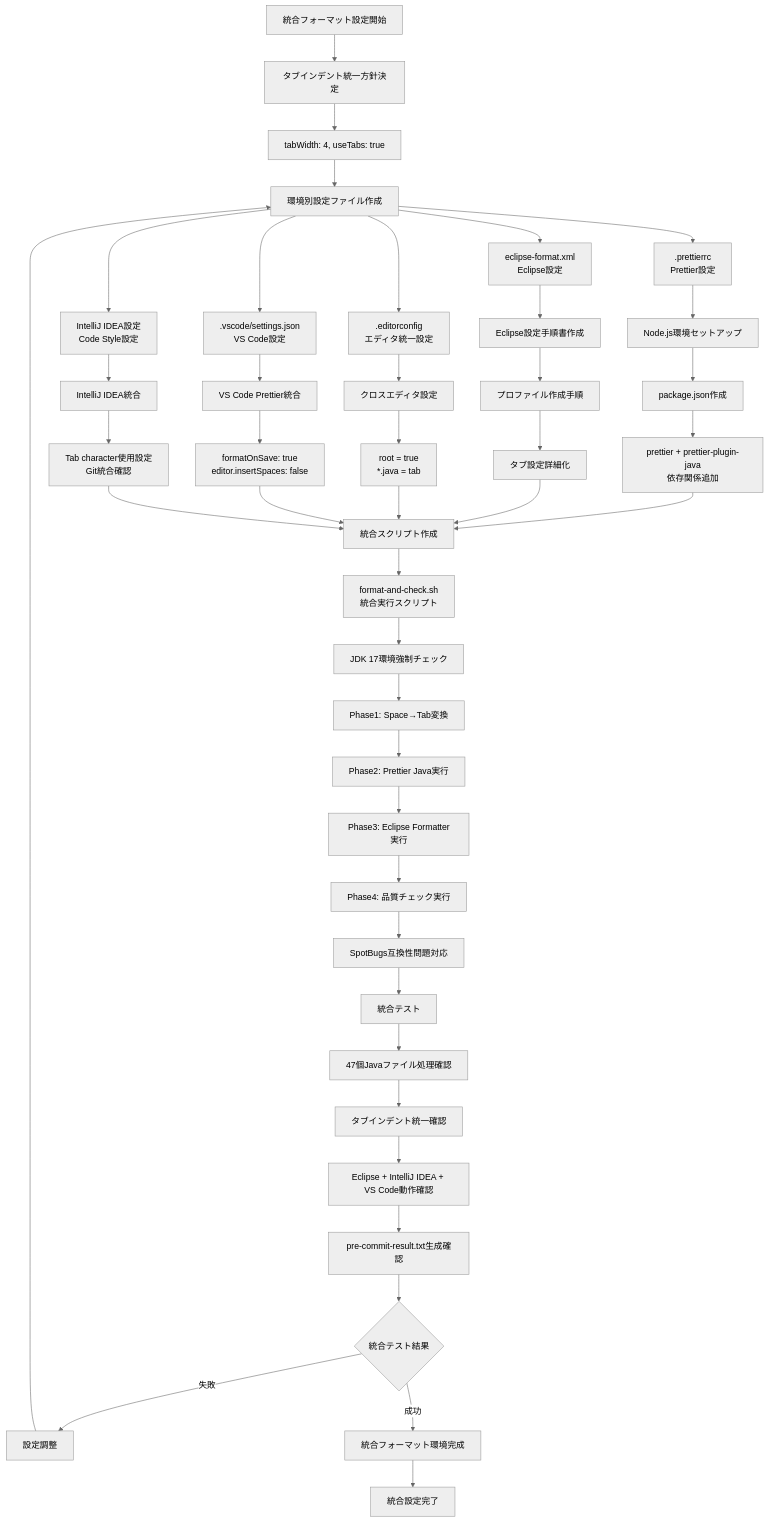
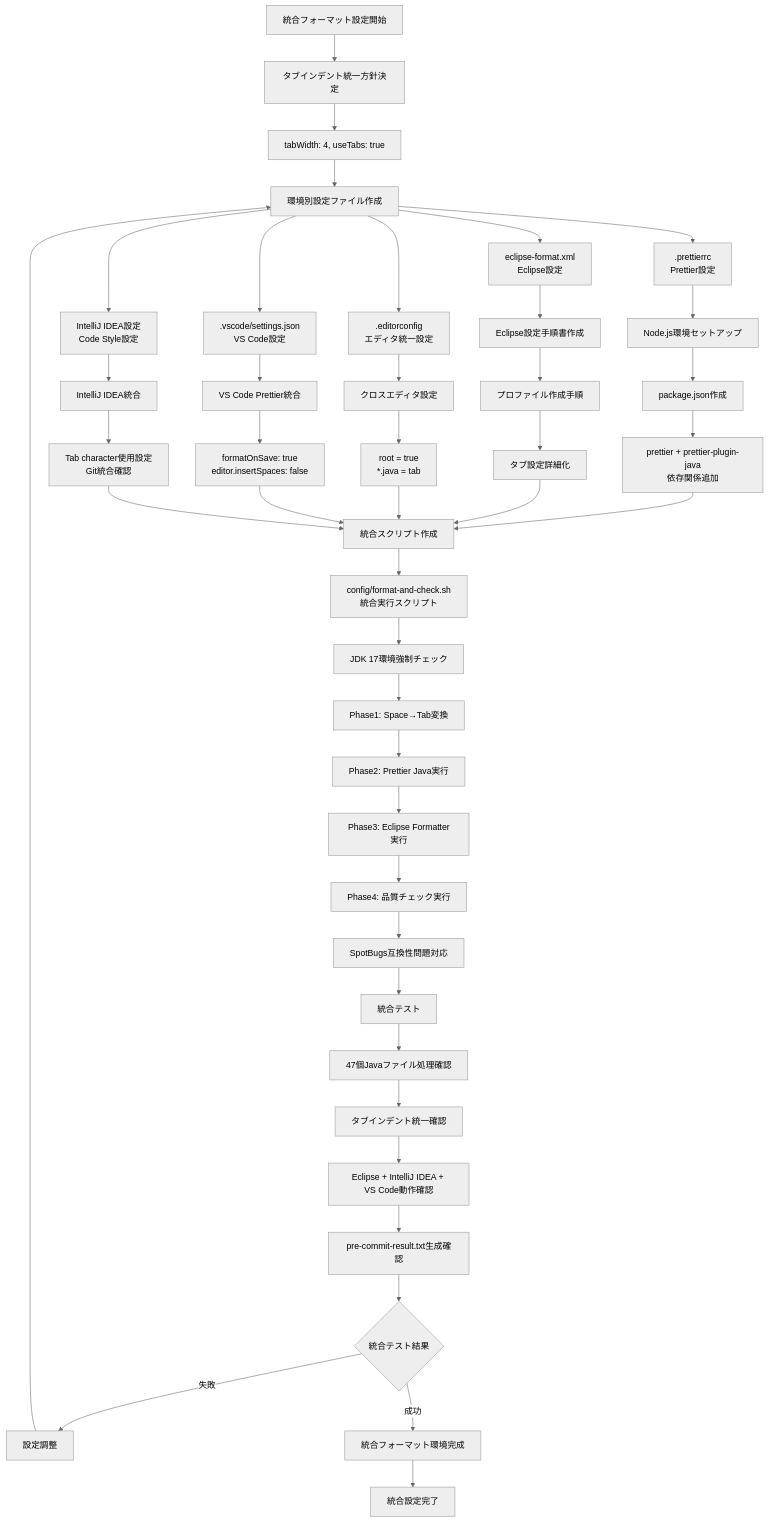
The eighth of 17 diagrams in scripts/STATIC_ANALYSIS_TOOLS_FEATURE_DIAGRAM.md (digital-ojt/development-webCourse-DroneInventorySystem), drawn with Mermaid (neutral theme) before and after one commit. The commit also changed other lines of this file and 20 other files, not shown here.

````diff
--- a/scripts/STATIC_ANALYSIS_TOOLS_FEATURE_DIAGRAM.md
+++ b/scripts/STATIC_ANALYSIS_TOOLS_FEATURE_DIAGRAM.md
@@ -379,58 +379,58 @@
 ```mermaid
 flowchart TD
     START[統合フォーマット設定開始]
     
     START --> A1[タブインデント統一方針決定]
     A1 --> A2[tabWidth: 4, useTabs: true]
     
     A2 --> B1[環境別設定ファイル作成]
     B1 --> B2[.prettierrc<br/>Prettier設定]
     B1 --> B3[eclipse-format.xml<br/>Eclipse設定]
     B1 --> B4[.editorconfig<br/>エディタ統一設定]
     B1 --> B5[.vscode/settings.json<br/>VS Code設定]
     B1 --> B6[IntelliJ IDEA設定<br/>Code Style設定]
     
     B2 --> C1[Node.js環境セットアップ]
     C1 --> C2[package.json作成]
     C2 --> C3[prettier + prettier-plugin-java<br/>依存関係追加]
     
     B3 --> D1[Eclipse設定手順書作成]
     D1 --> D2[プロファイル作成手順]
     D2 --> D3[タブ設定詳細化]
     
     B4 --> E1[クロスエディタ設定]
     E1 --> E2[root = true<br/>*.java = tab]
     
     B5 --> F1[VS Code Prettier統合]
     F1 --> F2[formatOnSave: true<br/>editor.insertSpaces: false]
     
     B6 --> G1[IntelliJ IDEA統合]
     G1 --> G2[Tab character使用設定<br/>Git統合確認]
     
     C3 --> H1[統合スクリプト作成]
     D3 --> H1
     E2 --> H1
     F2 --> H1
     G2 --> H1
     
-    H1 --> H2[format-and-check.sh<br/>統合実行スクリプト]
+    H1 --> H2[config/format-and-check.sh<br/>統合実行スクリプト]
     H2 --> H3[JDK 17環境強制チェック]
     H3 --> H4[Phase1: Space→Tab変換]
     H4 --> H5[Phase2: Prettier Java実行]
     H5 --> H6[Phase3: Eclipse Formatter実行]
     H6 --> H7[Phase4: 品質チェック実行]
     H7 --> H8[SpotBugs互換性問題対応]
     
     H8 --> I1[統合テスト]
     I1 --> I2[47個Javaファイル処理確認]
     I2 --> I3[タブインデント統一確認]
     I3 --> I4[Eclipse + IntelliJ IDEA + VS Code動作確認]
     I4 --> I5[pre-commit-result.txt生成確認]
     
     I5 --> J1{統合テスト結果}
     J1 -->|失敗| K1[設定調整]
     J1 -->|成功| L1[統合フォーマット環境完成]
     
     K1 --> B1
     L1 --> END[統合設定完了]
 ```
````
